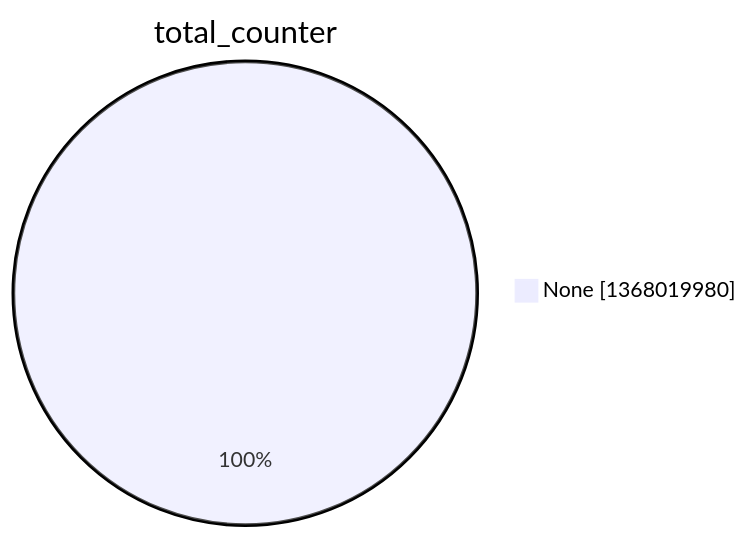
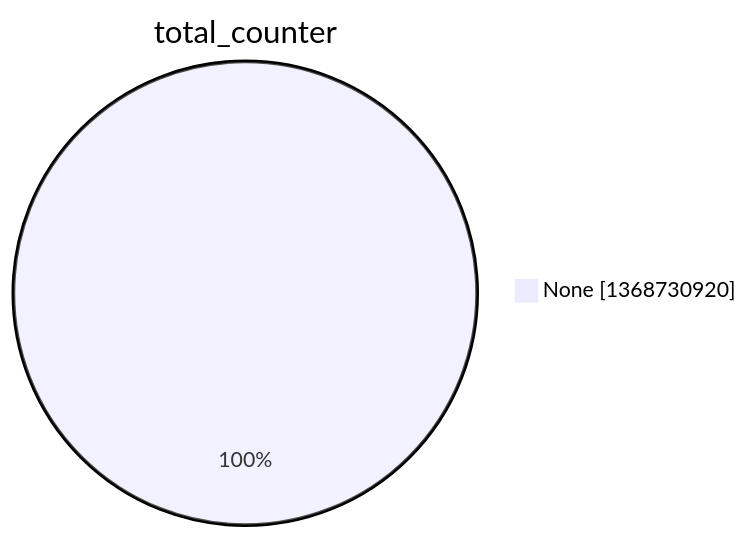
One commit to christiankrug/ctmonitor_visualization changed the second of 15 diagrams in argon2022/README.md. Above: the diagram before and after it, drawn with Mermaid. The commit also changed other lines of this file, not shown here.

````diff
--- a/argon2022/README.md
+++ b/argon2022/README.md
@@ -9,5 +9,5 @@
 ```mermaid
 pie showData
 title total_counter
-"None" :1368019980
+"None" :1368730920
 ```
````
